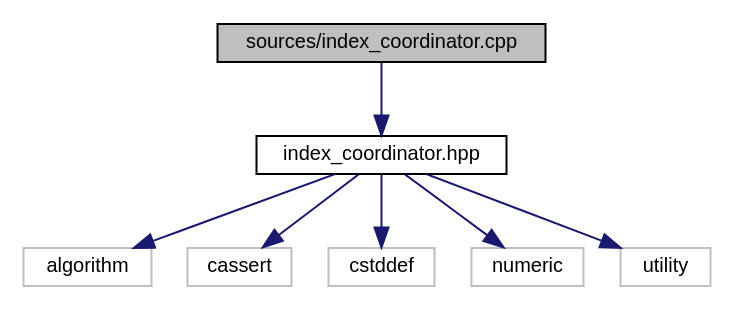
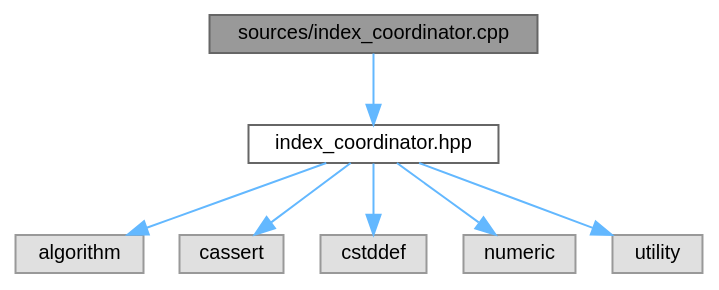
Before and after one commit to eliogovea/dev-env-cpp: the diagram in dev/documentation/index__coordinator_8cpp__incl.dot, drawn with Graphviz. The commit also changed 247 other files, not shown here.

```diff
--- a/dev/documentation/index__coordinator_8cpp__incl.dot
+++ b/dev/documentation/index__coordinator_8cpp__incl.dot
@@ -1,19 +1,20 @@
 digraph "sources/index_coordinator.cpp"
 {
  // LATEX_PDF_SIZE
-  edge [fontname="Helvetica",fontsize="10",labelfontname="Helvetica",labelfontsize="10"];
-  node [fontname="Helvetica",fontsize="10",shape=record];
-  Node1 [label="sources/index_coordinator.cpp",height=0.2,width=0.4,color="black", fillcolor="grey75", style="filled", fontcolor="black",tooltip=" "];
-  Node1 -> Node2 [color="midnightblue",fontsize="10",style="solid",fontname="Helvetica"];
-  Node2 [label="index_coordinator.hpp",height=0.2,width=0.4,color="black", fillcolor="white", style="filled",URL="$index__coordinator_8hpp.html",tooltip=" "];
-  Node2 -> Node3 [color="midnightblue",fontsize="10",style="solid",fontname="Helvetica"];
-  Node3 [label="algorithm",height=0.2,width=0.4,color="grey75", fillcolor="white", style="filled",tooltip=" "];
-  Node2 -> Node4 [color="midnightblue",fontsize="10",style="solid",fontname="Helvetica"];
-  Node4 [label="cassert",height=0.2,width=0.4,color="grey75", fillcolor="white", style="filled",tooltip=" "];
-  Node2 -> Node5 [color="midnightblue",fontsize="10",style="solid",fontname="Helvetica"];
-  Node5 [label="cstddef",height=0.2,width=0.4,color="grey75", fillcolor="white", style="filled",tooltip=" "];
-  Node2 -> Node6 [color="midnightblue",fontsize="10",style="solid",fontname="Helvetica"];
-  Node6 [label="numeric",height=0.2,width=0.4,color="grey75", fillcolor="white", style="filled",tooltip=" "];
-  Node2 -> Node7 [color="midnightblue",fontsize="10",style="solid",fontname="Helvetica"];
-  Node7 [label="utility",height=0.2,width=0.4,color="grey75", fillcolor="white", style="filled",tooltip=" "];
+  bgcolor="transparent";
+  edge [fontname=Helvetica,fontsize=10,labelfontname=Helvetica,labelfontsize=10];
+  node [fontname=Helvetica,fontsize=10,shape=box,height=0.2,width=0.4];
+  Node1 [id="Node000001",label="sources/index_coordinator.cpp",height=0.2,width=0.4,color="gray40", fillcolor="grey60", style="filled", fontcolor="black",tooltip=" "];
+  Node1 -> Node2 [id="edge1_Node000001_Node000002",color="steelblue1",style="solid",tooltip=" "];
+  Node2 [id="Node000002",label="index_coordinator.hpp",height=0.2,width=0.4,color="grey40", fillcolor="white", style="filled",URL="$index__coordinator_8hpp.html",tooltip=" "];
+  Node2 -> Node3 [id="edge2_Node000002_Node000003",color="steelblue1",style="solid",tooltip=" "];
+  Node3 [id="Node000003",label="algorithm",height=0.2,width=0.4,color="grey60", fillcolor="#E0E0E0", style="filled",tooltip=" "];
+  Node2 -> Node4 [id="edge3_Node000002_Node000004",color="steelblue1",style="solid",tooltip=" "];
+  Node4 [id="Node000004",label="cassert",height=0.2,width=0.4,color="grey60", fillcolor="#E0E0E0", style="filled",tooltip=" "];
+  Node2 -> Node5 [id="edge4_Node000002_Node000005",color="steelblue1",style="solid",tooltip=" "];
+  Node5 [id="Node000005",label="cstddef",height=0.2,width=0.4,color="grey60", fillcolor="#E0E0E0", style="filled",tooltip=" "];
+  Node2 -> Node6 [id="edge5_Node000002_Node000006",color="steelblue1",style="solid",tooltip=" "];
+  Node6 [id="Node000006",label="numeric",height=0.2,width=0.4,color="grey60", fillcolor="#E0E0E0", style="filled",tooltip=" "];
+  Node2 -> Node7 [id="edge6_Node000002_Node000007",color="steelblue1",style="solid",tooltip=" "];
+  Node7 [id="Node000007",label="utility",height=0.2,width=0.4,color="grey60", fillcolor="#E0E0E0", style="filled",tooltip=" "];
 }
```
